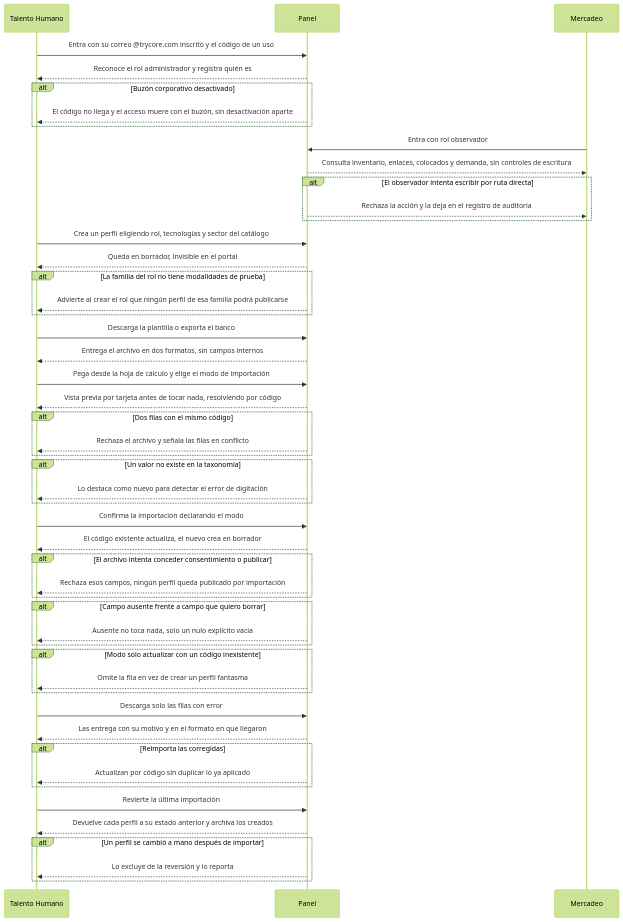
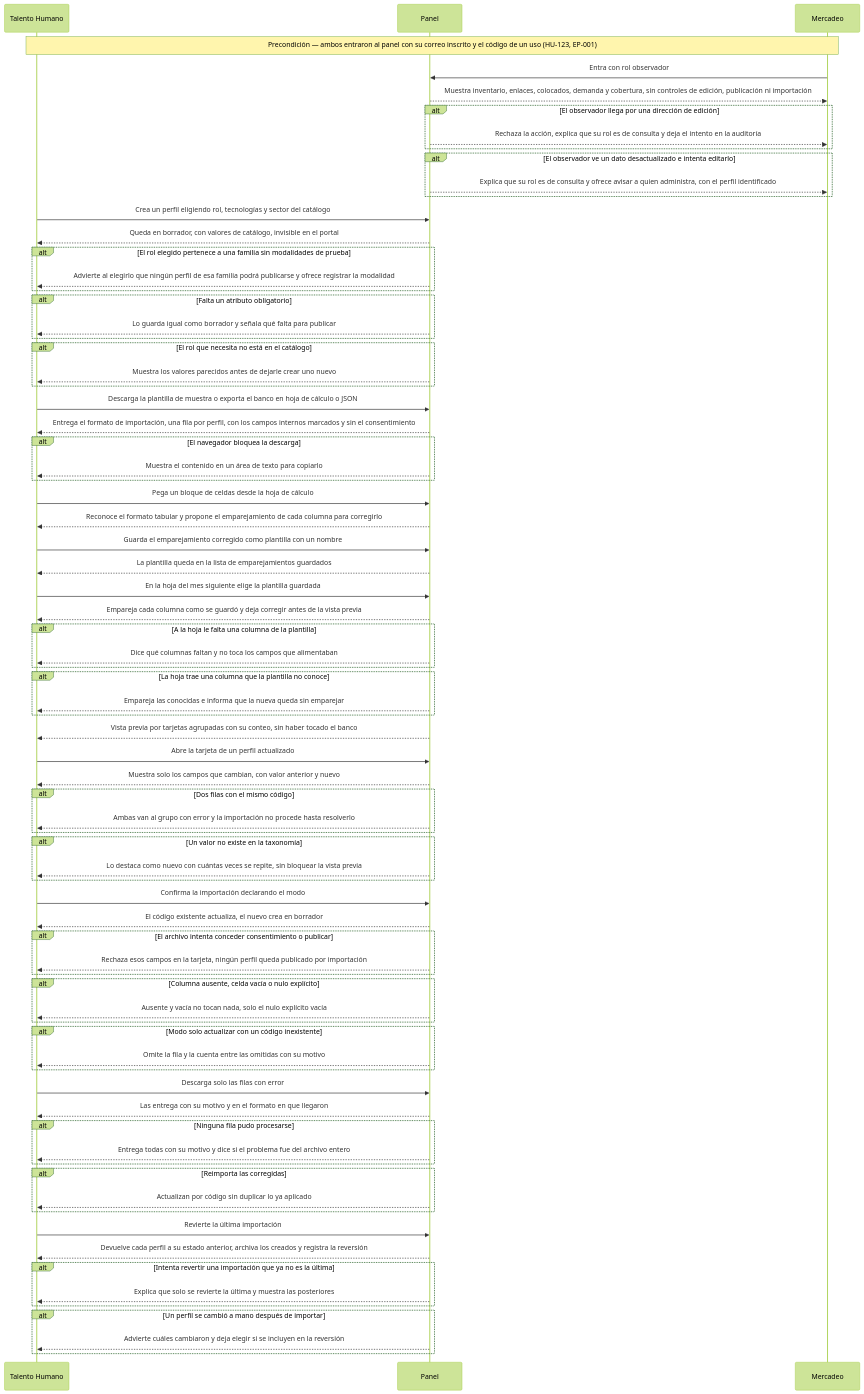
The first of 3 diagrams in docs/06-flows/EP-006-administracion-del-inventario.md (JesusSeguraCO/ps-app-neural), drawn with Mermaid (forest theme) before and after one commit. The commit also changed other lines of this file and 29 other files, not shown here.

First line of the commit message:
docs(ep-006): historias de EP-006 validadas con INVEST y listas para construir

````diff
--- a/docs/06-flows/EP-006-administracion-del-inventario.md
+++ b/docs/06-flows/EP-006-administracion-del-inventario.md
@@ -18,59 +18,103 @@
   participant P as Panel
   participant M as Mercadeo
 
-  %% HU-123
-  TH->>P: Entra con su correo @trycore.com inscrito y el código de un uso
-  %% HU-123
-  P-->>TH: Reconoce el rol administrador y registra quién es
-
-  %% HU-123
-  alt Buzón corporativo desactivado
-    %% HU-123
-    P-->>TH: El código no llega y el acceso muere con el buzón, sin desactivación aparte
-  end
+  Note over TH,M: Precondición — ambos entraron al panel con su correo inscrito y el código de un uso (HU-123, EP-001)
 
   %% HU-124
   M->>P: Entra con rol observador
   %% HU-124
-  P-->>M: Consulta inventario, enlaces, colocados y demanda, sin controles de escritura
+  P-->>M: Muestra inventario, enlaces, colocados, demanda y cobertura, sin controles de edición, publicación ni importación
 
   %% HU-124
-  alt El observador intenta escribir por ruta directa
+  alt El observador llega por una dirección de edición
     %% HU-124
-    P-->>M: Rechaza la acción y la deja en el registro de auditoría
+    P-->>M: Rechaza la acción, explica que su rol es de consulta y deja el intento en la auditoría
+  end
+
+  %% HU-124
+  alt El observador ve un dato desactualizado e intenta editarlo
+    %% HU-124
+    P-->>M: Explica que su rol es de consulta y ofrece avisar a quien administra, con el perfil identificado
   end
 
   %% HU-125
   TH->>P: Crea un perfil eligiendo rol, tecnologías y sector del catálogo
   %% HU-125
-  P-->>TH: Queda en borrador, invisible en el portal
+  P-->>TH: Queda en borrador, con valores de catálogo, invisible en el portal
 
   %% HU-125
-  alt La familia del rol no tiene modalidades de prueba
+  alt El rol elegido pertenece a una familia sin modalidades de prueba
     %% HU-125
-    P-->>TH: Advierte al crear el rol que ningún perfil de esa familia podrá publicarse
+    P-->>TH: Advierte al elegirlo que ningún perfil de esa familia podrá publicarse y ofrece registrar la modalidad
+  end
+
+  %% HU-125
+  alt Falta un atributo obligatorio
+    %% HU-125
+    P-->>TH: Lo guarda igual como borrador y señala qué falta para publicar
+  end
+
+  %% HU-125
+  alt El rol que necesita no está en el catálogo
+    %% HU-125
+    P-->>TH: Muestra los valores parecidos antes de dejarle crear uno nuevo
   end
 
   %% HU-088
-  TH->>P: Descarga la plantilla o exporta el banco
+  TH->>P: Descarga la plantilla de muestra o exporta el banco en hoja de cálculo o JSON
   %% HU-088
-  P-->>TH: Entrega el archivo en dos formatos, sin campos internos
+  P-->>TH: Entrega el formato de importación, una fila por perfil, con los campos internos marcados y sin el consentimiento
+
+  %% HU-088
+  alt El navegador bloquea la descarga
+    %% HU-088
+    P-->>TH: Muestra el contenido en un área de texto para copiarlo
+  end
 
   %% HU-086
-  TH->>P: Pega desde la hoja de cálculo y elige el modo de importación
+  TH->>P: Pega un bloque de celdas desde la hoja de cálculo
   %% HU-086
-  P-->>TH: Vista previa por tarjeta antes de tocar nada, resolviendo por código
+  P-->>TH: Reconoce el formato tabular y propone el emparejamiento de cada columna para corregirlo
+
+  %% HU-148
+  TH->>P: Guarda el emparejamiento corregido como plantilla con un nombre
+  %% HU-148
+  P-->>TH: La plantilla queda en la lista de emparejamientos guardados
+
+  %% HU-148
+  TH->>P: En la hoja del mes siguiente elige la plantilla guardada
+  %% HU-148
+  P-->>TH: Empareja cada columna como se guardó y deja corregir antes de la vista previa
+
+  %% HU-148
+  alt A la hoja le falta una columna de la plantilla
+    %% HU-148
+    P-->>TH: Dice qué columnas faltan y no toca los campos que alimentaban
+  end
+
+  %% HU-148
+  alt La hoja trae una columna que la plantilla no conoce
+    %% HU-148
+    P-->>TH: Empareja las conocidas e informa que la nueva queda sin emparejar
+  end
+
+  %% HU-086
+  P-->>TH: Vista previa por tarjetas agrupadas con su conteo, sin haber tocado el banco
+  %% HU-086
+  TH->>P: Abre la tarjeta de un perfil actualizado
+  %% HU-086
+  P-->>TH: Muestra solo los campos que cambian, con valor anterior y nuevo
 
   %% HU-086
   alt Dos filas con el mismo código
     %% HU-086
-    P-->>TH: Rechaza el archivo y señala las filas en conflicto
+    P-->>TH: Ambas van al grupo con error y la importación no procede hasta resolverlo
   end
 
   %% HU-086
   alt Un valor no existe en la taxonomía
     %% HU-086
-    P-->>TH: Lo destaca como nuevo para detectar el error de digitación
+    P-->>TH: Lo destaca como nuevo con cuántas veces se repite, sin bloquear la vista previa
   end
 
   %% HU-141
@@ -81,25 +125,31 @@
   %% HU-141
   alt El archivo intenta conceder consentimiento o publicar
     %% HU-141
-    P-->>TH: Rechaza esos campos, ningún perfil queda publicado por importación
+    P-->>TH: Rechaza esos campos en la tarjeta, ningún perfil queda publicado por importación
   end
 
   %% HU-141
-  alt Campo ausente frente a campo que quiero borrar
+  alt Columna ausente, celda vacía o nulo explícito
     %% HU-141
-    P-->>TH: Ausente no toca nada, solo un nulo explícito vacía
+    P-->>TH: Ausente y vacía no tocan nada, solo el nulo explícito vacía
   end
 
   %% HU-141
   alt Modo solo actualizar con un código inexistente
     %% HU-141
-    P-->>TH: Omite la fila en vez de crear un perfil fantasma
+    P-->>TH: Omite la fila y la cuenta entre las omitidas con su motivo
   end
 
   %% HU-142
   TH->>P: Descarga solo las filas con error
   %% HU-142
   P-->>TH: Las entrega con su motivo y en el formato en que llegaron
+
+  %% HU-142
+  alt Ninguna fila pudo procesarse
+    %% HU-142
+    P-->>TH: Entrega todas con su motivo y dice si el problema fue del archivo entero
+  end
 
   %% HU-142
   alt Reimporta las corregidas
@@ -110,11 +160,17 @@
   %% HU-087
   TH->>P: Revierte la última importación
   %% HU-087
-  P-->>TH: Devuelve cada perfil a su estado anterior y archiva los creados
+  P-->>TH: Devuelve cada perfil a su estado anterior, archiva los creados y registra la reversión
+
+  %% HU-087
+  alt Intenta revertir una importación que ya no es la última
+    %% HU-087
+    P-->>TH: Explica que solo se revierte la última y muestra las posteriores
+  end
 
   %% HU-087
   alt Un perfil se cambió a mano después de importar
     %% HU-087
-    P-->>TH: Lo excluye de la reversión y lo reporta
+    P-->>TH: Advierte cuáles cambiaron y deja elegir si se incluyen en la reversión
   end
 ```
````
